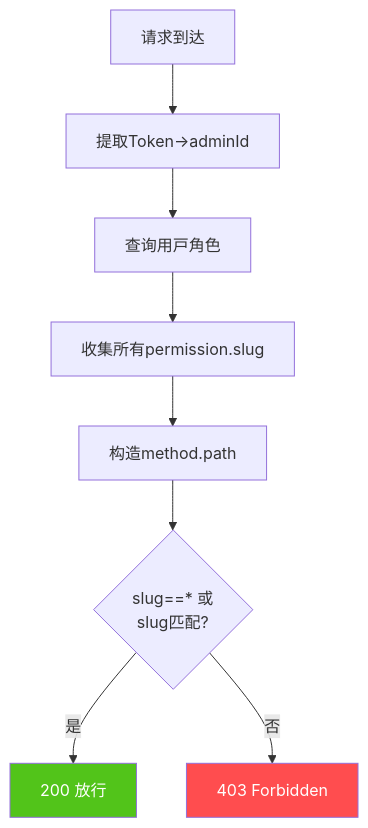
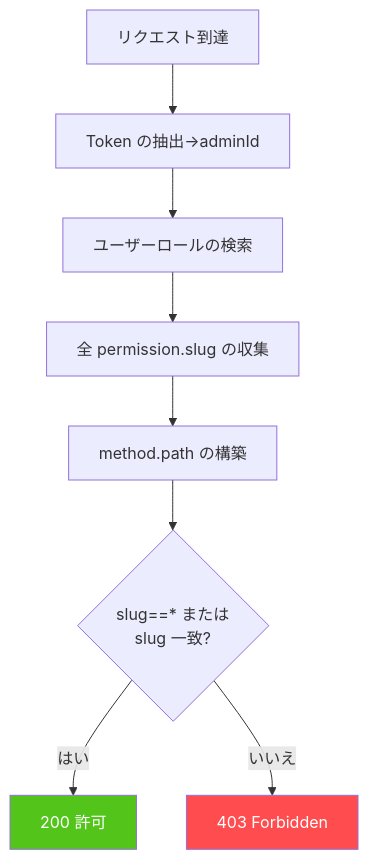
One commit to erikwang2013/game-platform-php changed the second of 3 diagrams in admin/docs/diagrams/05-rbac-model.ja.md. Above: the diagram before and after it, drawn with Mermaid. The commit also changed other lines of this file and 211 other files, not shown here.

First line of the commit message:
fix: 支付配置读回类型根治、提现事件对账巡检，12 语族 mermaid 与 API 标签本地化

````diff
--- a/admin/docs/diagrams/05-rbac-model.ja.md
+++ b/admin/docs/diagrams/05-rbac-model.ja.md
@@ -48,13 +48,13 @@
 ```mermaid
 flowchart TD
-    start["请求到达"] --> extract["提取Token→adminId"]
-    extract --> findRoles["查询用户角色"]
-    findRoles --> collectSlug["收集所有permission.slug"]
-    collectSlug --> buildKey["构造method.path"]
-    buildKey --> check{"slug==* 或<br/>slug匹配?"}
-    check -->|"是"| allow["200 放行"]
-    check -->|"否"| deny["403 Forbidden"]
+    start["リクエスト到達"] --> extract["Token の抽出→adminId"]
+    extract --> findRoles["ユーザーロールの検索"]
+    findRoles --> collectSlug["全 permission.slug の収集"]
+    collectSlug --> buildKey["method.path の構築"]
+    buildKey --> check{"slug==* または<br/>slug 一致?"}
+    check -->|"はい"| allow["200 許可"]
+    check -->|"いいえ"| deny["403 Forbidden"]
 
     style allow fill:#52C41A,color:#fff
     style deny fill:#FF4D4F,color:#fff
 ```
````
